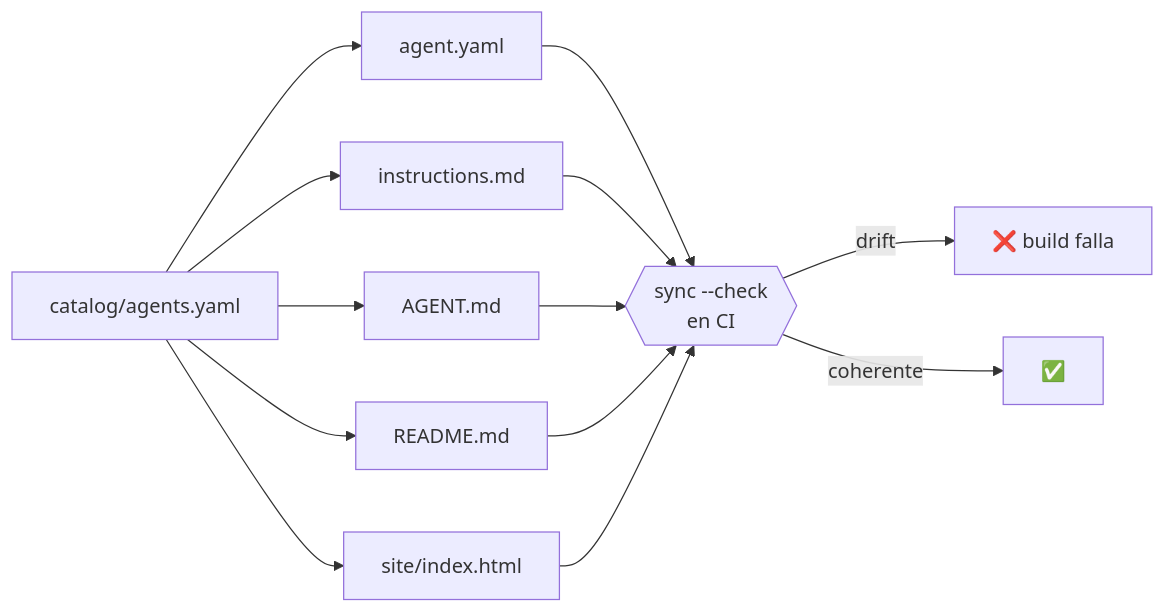
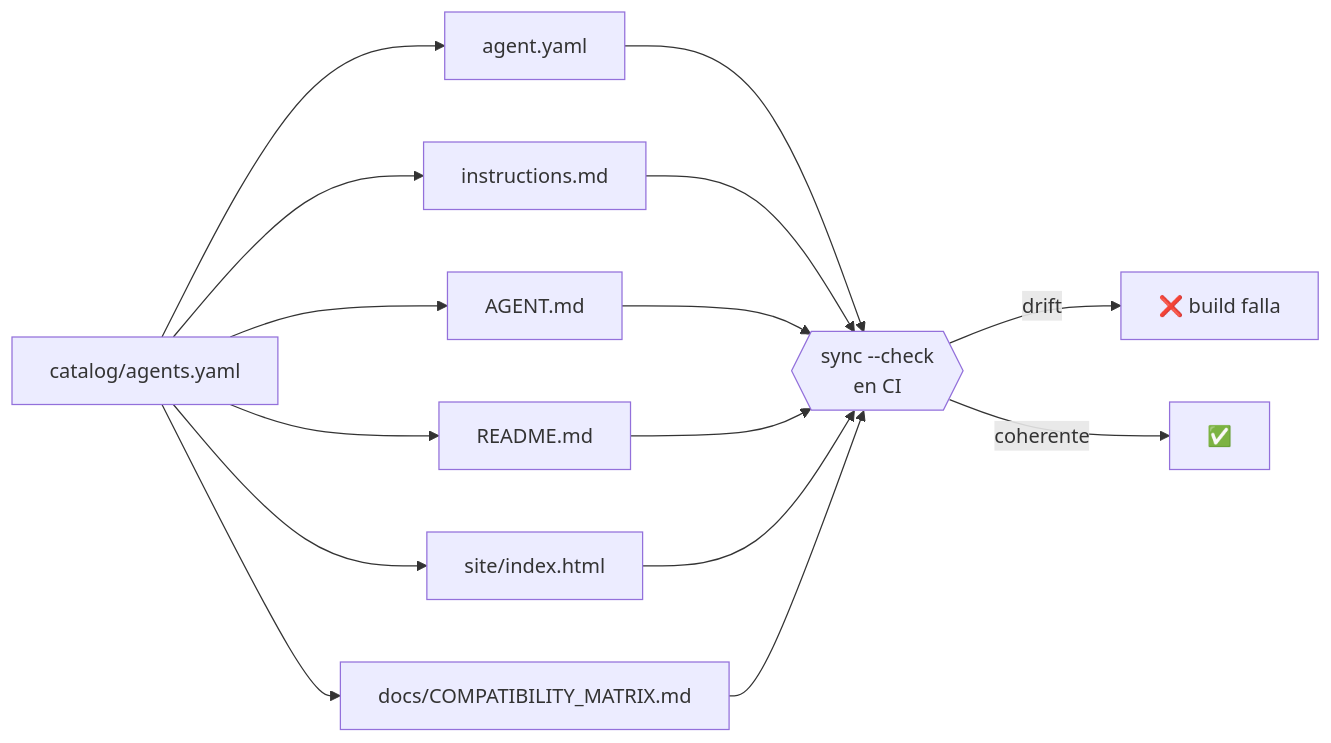
One commit to vladimiracunadev-create/operational-ai-agents changed the second of 3 diagrams in docs/ARCHITECTURE.md. Above: the diagram before and after it, drawn with Mermaid. The commit also changed other lines of this file and 39 other files, not shown here.

````diff
--- a/docs/ARCHITECTURE.md
+++ b/docs/ARCHITECTURE.md
@@ -52,11 +60,12 @@
 ```mermaid
 flowchart LR
     C["catalog/agents.yaml"] --> M["agent.yaml"]
     C --> I["instructions.md"]
     C --> A["AGENT.md"]
     C --> R["README.md"]
     C --> S["site/index.html"]
-    M & I & A & R & S --> Check{{"sync --check<br/>en CI"}}
+    C --> X["docs/COMPATIBILITY_MATRIX.md"]
+    M & I & A & R & S & X --> Check{{"sync --check<br/>en CI"}}
     Check -->|drift| Fail["❌ build falla"]
     Check -->|coherente| Pass["✅"]
 ```
````
